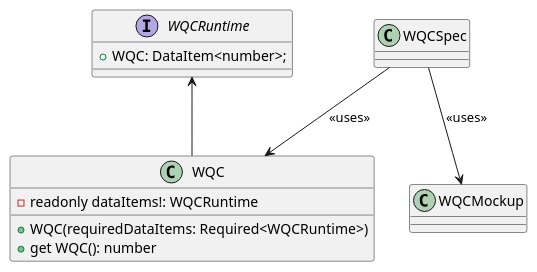
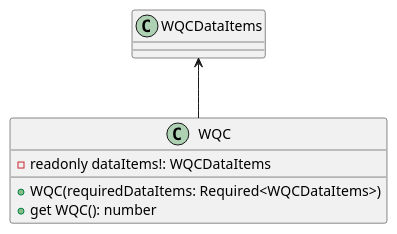
The diagram in src/modularPlantManager/pea/dataAssembly/baseFunction/wqc/WQC.puml (p2o-lab/polaris-backend), drawn with PlantUML before and after one commit. The commit also changed 12 other files, not shown here.

```diff
--- a/src/modularPlantManager/pea/dataAssembly/baseFunction/wqc/WQC.puml
+++ b/src/modularPlantManager/pea/dataAssembly/baseFunction/wqc/WQC.puml
@@ -26,17 +26,12 @@
 @startuml
 'https://plantuml.com/class-diagram
 
-interface WQCRuntime {
-    + WQC: DataItem<number>;
-}
-
 class WQC{
-    - readonly dataItems!: WQCRuntime
-    + WQC(requiredDataItems: Required<WQCRuntime>)
+    - readonly dataItems!: WQCDataItems
+    + WQC(requiredDataItems: Required<WQCDataItems>)
     + get WQC(): number
 }
 
-WQCRuntime <-- WQC
-WQCSpec --> WQC : <<uses>>
-WQCSpec --> WQCMockup : <<uses>>
+WQCDataItems <-- WQC
+
 @enduml
```
